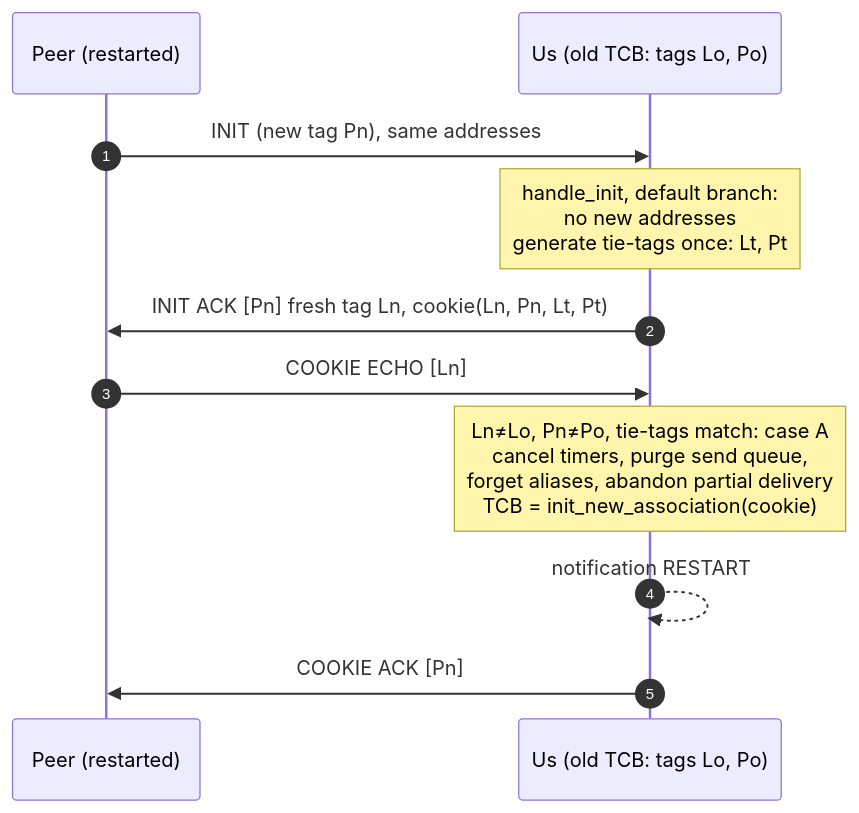
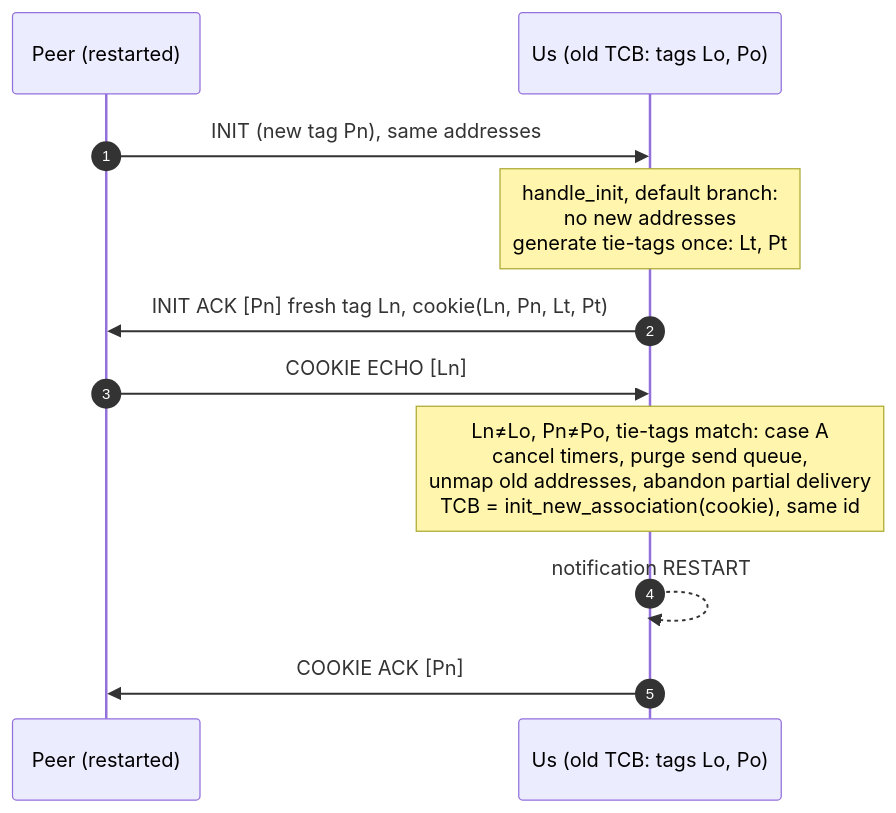
Before and after one commit to ethanallenfernandez/sctp-stack: the eighth of 11 diagrams in docs/devs/03-association-lifecycle.md, drawn with Mermaid. The commit also changed other lines of this file and 42 other files, not shown here.

````diff
--- a/docs/devs/03-association-lifecycle.md
+++ b/docs/devs/03-association-lifecycle.md
@@ -301,13 +301,13 @@
 ```mermaid
 sequenceDiagram
     autonumber
     participant Z as Peer (restarted)
     participant B as Us (old TCB: tags Lo, Po)
     Z->>B: INIT (new tag Pn), same addresses
     Note over B: handle_init, default branch:<br/>no new addresses<br/>generate tie-tags once: Lt, Pt
     B->>Z: INIT ACK [Pn] fresh tag Ln, cookie(Ln, Pn, Lt, Pt)
     Z->>B: COOKIE ECHO [Ln]
-    Note over B: Ln≠Lo, Pn≠Po, tie-tags match: case A<br/>cancel timers, purge send queue,<br/>forget aliases, abandon partial delivery<br/>TCB = init_new_association(cookie)
+    Note over B: Ln≠Lo, Pn≠Po, tie-tags match: case A<br/>cancel timers, purge send queue,<br/>unmap old addresses, abandon partial delivery<br/>TCB = init_new_association(cookie), same id
     B-->>B: notification RESTART
     B->>Z: COOKIE ACK [Pn]
 ```
````
